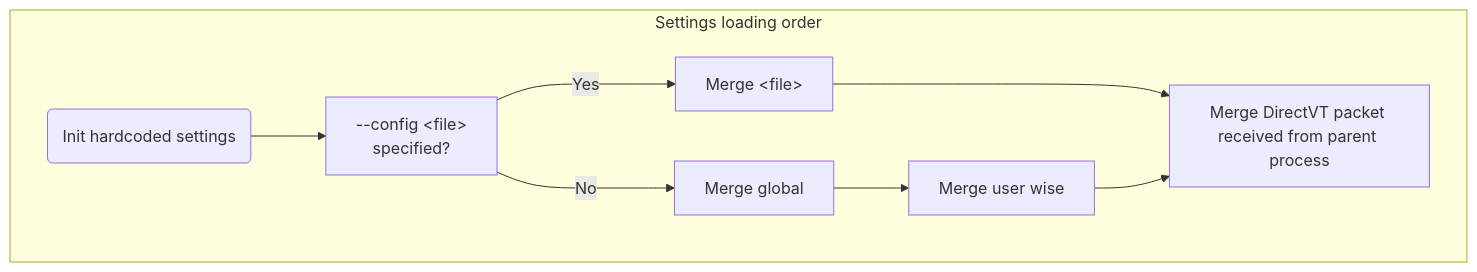
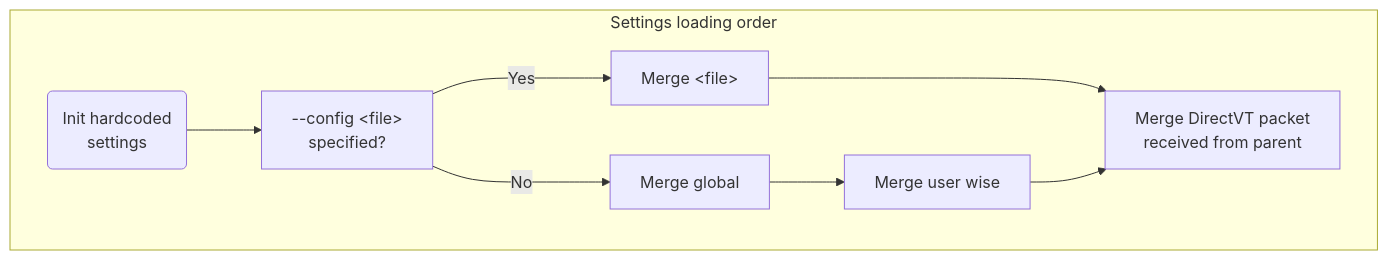
The diagram in doc/settings.md (directvt/vtm), drawn with Mermaid before and after one commit.

Commit message:
#465: Update settings.md

````diff
--- a/doc/settings.md
+++ b/doc/settings.md
@@ -3,14 +3,16 @@
 ```mermaid
 graph LR
     subgraph Settings loading order
     direction LR
-        B(Init hardcoded settings)
+        B("Init hardcoded
+        settings")
         B --> C["--config #lt;file#gt;
         specified?"]
         C -->|Yes| D["Merge #lt;file#gt;"]
-        C --->|No| F[Merge global]
-        F --> G[Merge user wise]
-        D ---> H[Merge DirectVT packet received from parent process]
+        C --->|No| F["Merge global"]
+        F --> G["Merge user wise"]
+        D ---> H["Merge DirectVT packet
+        received from parent"]
         G --> H
     end
 ```
````
